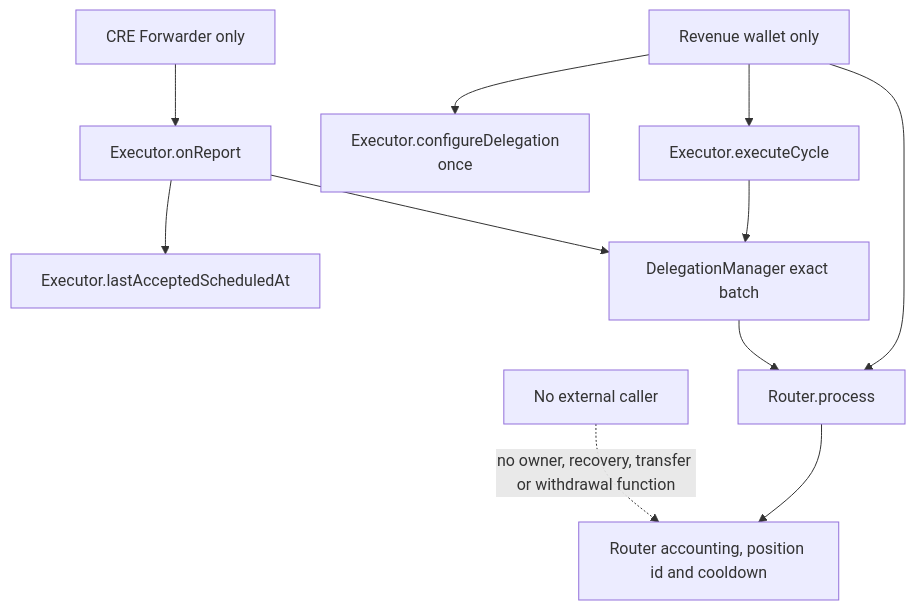
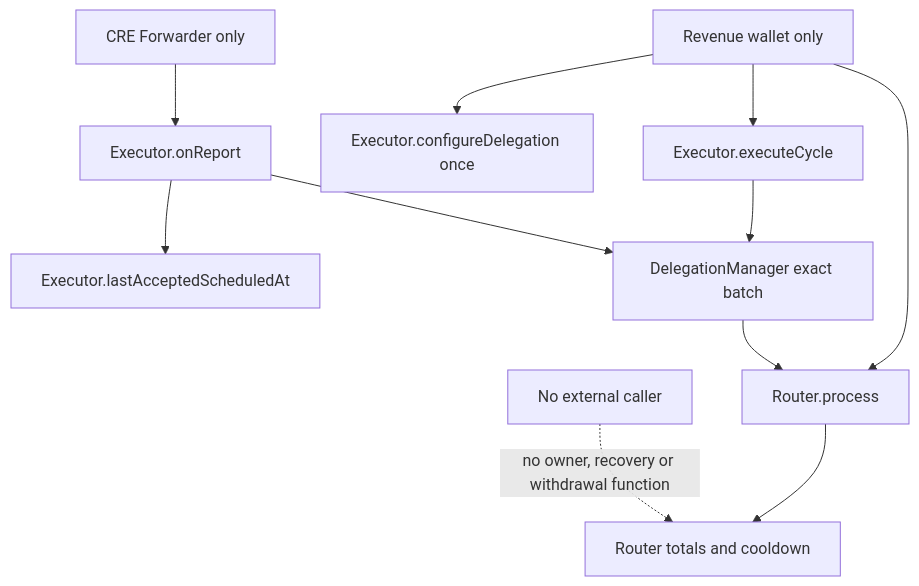
The third of 3 diagrams in contracts/security/PROTOCOL-REVENUE-V1-DIAGRAMS.md (0xprogrammable/PROGRAMMABLE), drawn with Mermaid before and after one commit. The commit also changed other lines of this file and 14 other files, not shown here.

````diff
--- a/contracts/security/PROTOCOL-REVENUE-V1-DIAGRAMS.md
+++ b/contracts/security/PROTOCOL-REVENUE-V1-DIAGRAMS.md
@@ -54,13 +50,13 @@
 ```mermaid
 flowchart TD
     A["Revenue wallet only"] --> P["Router.process"]
     A --> F["Executor.executeCycle"]
-    A --> G["Executor.configureDelegation\nonce"]
+    A --> G["Executor.configureDelegation once"]
     C["CRE Forwarder only"] --> O["Executor.onReport"]
     O --> X["Executor.lastAcceptedScheduledAt"]
     F --> D["DelegationManager exact batch"]
     O --> D
     D --> P
-    P --> S["Router accounting, position id and cooldown"]
-    N["No external caller"] -.->|"no owner, recovery, transfer or withdrawal function"| S
+    P --> S["Router totals and cooldown"]
+    N["No external caller"] -.->|"no owner, recovery or withdrawal function"| S
 ```
````
